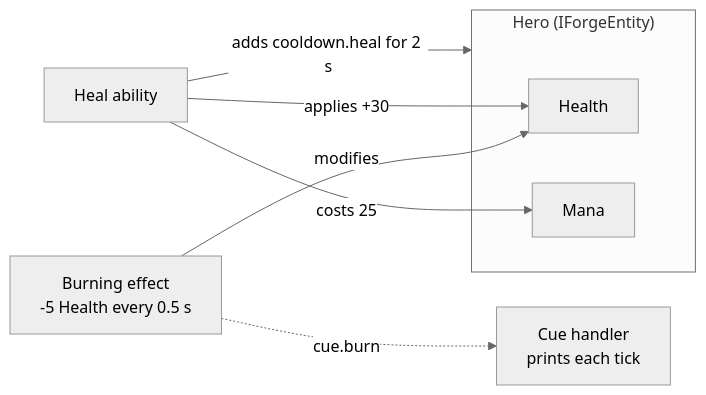
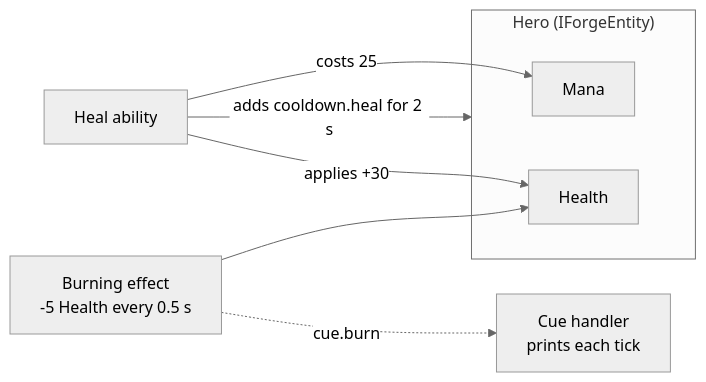
Before and after one commit to gamesmiths-guild/forge: the diagram in docs/quick-start.md, drawn with Mermaid (neutral theme). The commit also changed 2 other files, not shown here.

Commit message:
docs: fix how the docs render on GitHub
Static license badge, since the shields lookup intermittently fails; the variables data flow as Mermaid; and no stacked labels on the Quick Start diagram.

````diff
--- a/docs/quick-start.md
+++ b/docs/quick-start.md
@@ -11,12 +11,12 @@
 ```mermaid
 flowchart LR
+    Heal["Heal ability"] -->|costs 25| Mana
+    Heal -->|adds cooldown.heal for 2 s| Hero
+    Heal -->|applies +30| Health
     subgraph Hero["Hero (IForgeEntity)"]
         Health
         Mana
     end
-    Burning["Burning effect<br/>-5 Health every 0.5 s"] -->|modifies| Health
+    Burning["Burning effect<br/>-5 Health every 0.5 s"] --> Health
     Burning -.->|cue.burn| Handler["Cue handler<br/>prints each tick"]
-    Heal["Heal ability"] -->|costs 25| Mana
-    Heal -->|applies +30| Health
-    Heal -->|adds cooldown.heal for 2 s| Hero
 ```
````
